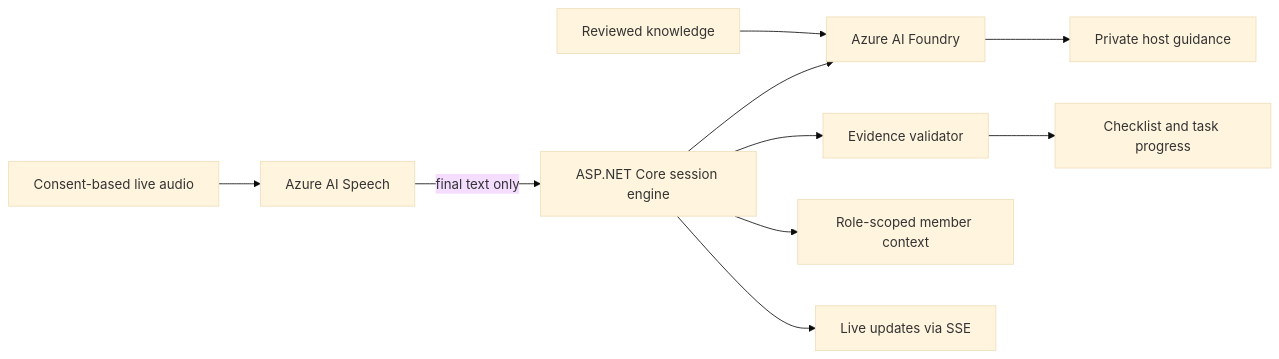
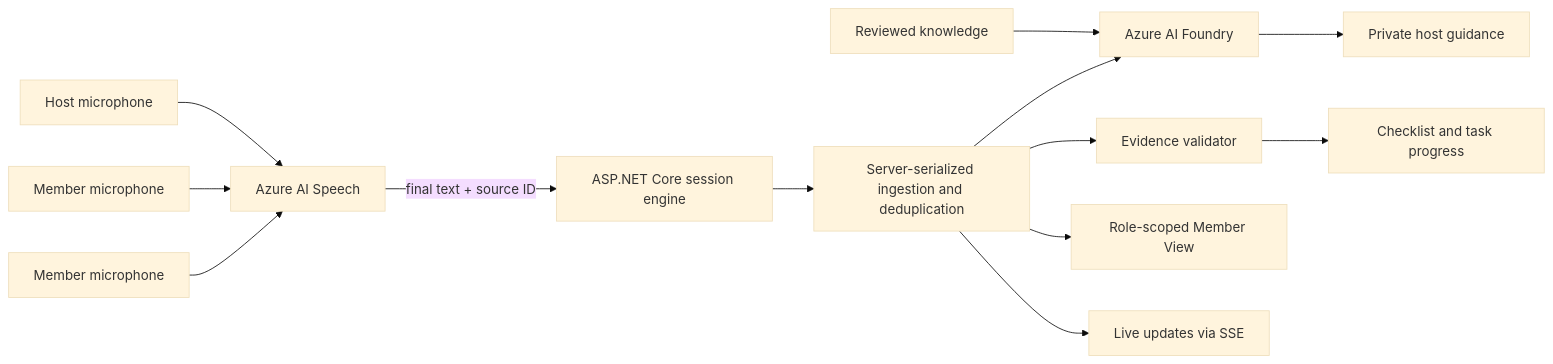
The diagram in README.md (bogdanrusu98/CsaMeetingCoach), drawn with Mermaid (base theme) before and after one commit. The commit also changed other lines of this file and 1 other file, not shown here.

Commit message:
docs: align GitHub with current session architecture

````diff
--- a/README.md
+++ b/README.md
@@ -72,12 +78,15 @@
 ```mermaid
 flowchart LR
-    A[Consent-based live audio] --> B[Azure AI Speech]
-    B -->|final text only| C[ASP.NET Core session engine]
+    H[Host microphone] --> S[Azure AI Speech]
+    M1[Member microphone] --> S
+    M2[Member microphone] --> S
+    S -->|final text + source ID| C[ASP.NET Core session engine]
+    C --> O[Server-serialized ingestion and deduplication]
     K[Reviewed knowledge] --> D[Azure AI Foundry]
-    C --> D
+    O --> D
     D --> E[Private host guidance]
-    C --> F[Evidence validator]
+    O --> F[Evidence validator]
     F --> G[Checklist and task progress]
-    C --> H[Role-scoped member context]
-    C --> I[Live updates via SSE]
+    O --> V[Role-scoped Member View]
+    O --> I[Live updates via SSE]
 ```
````
